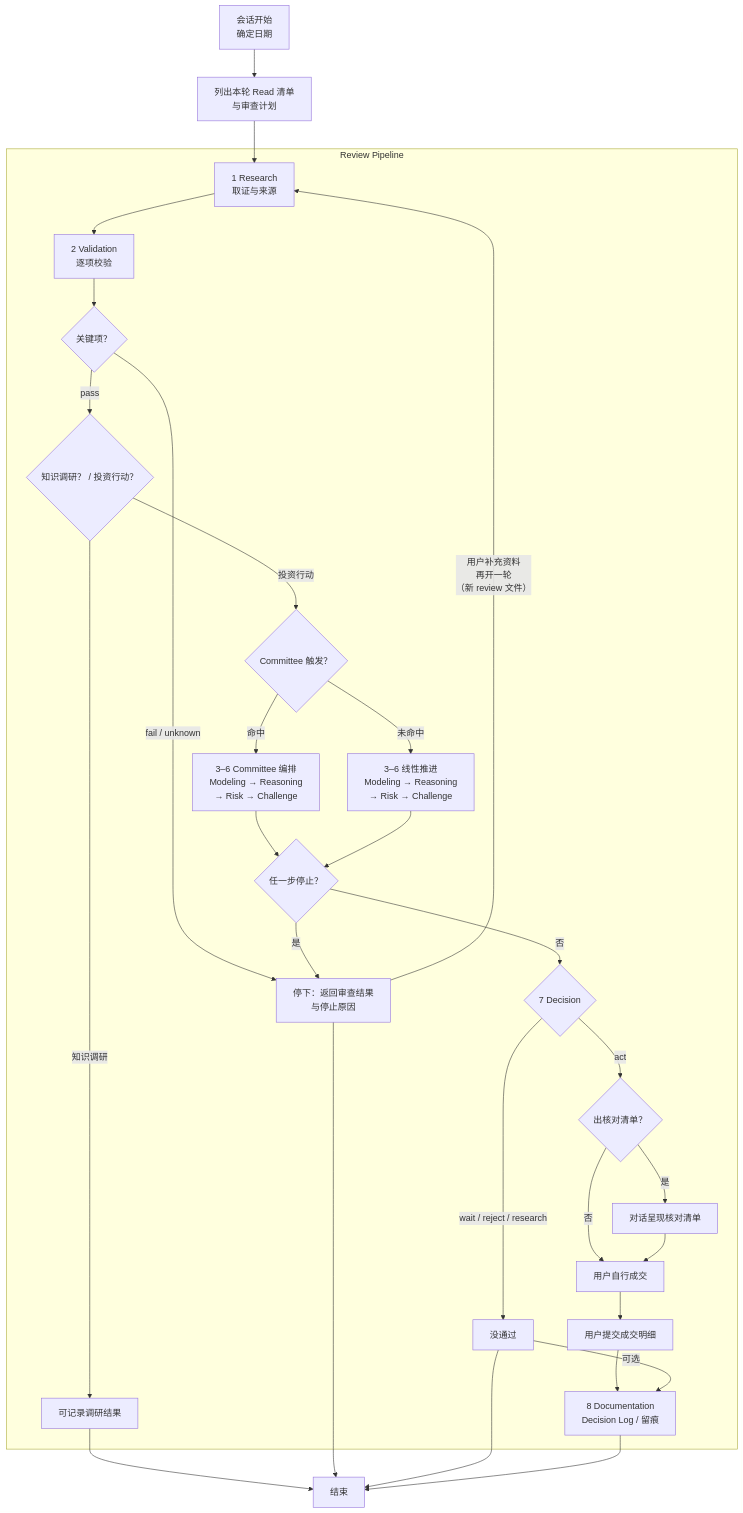
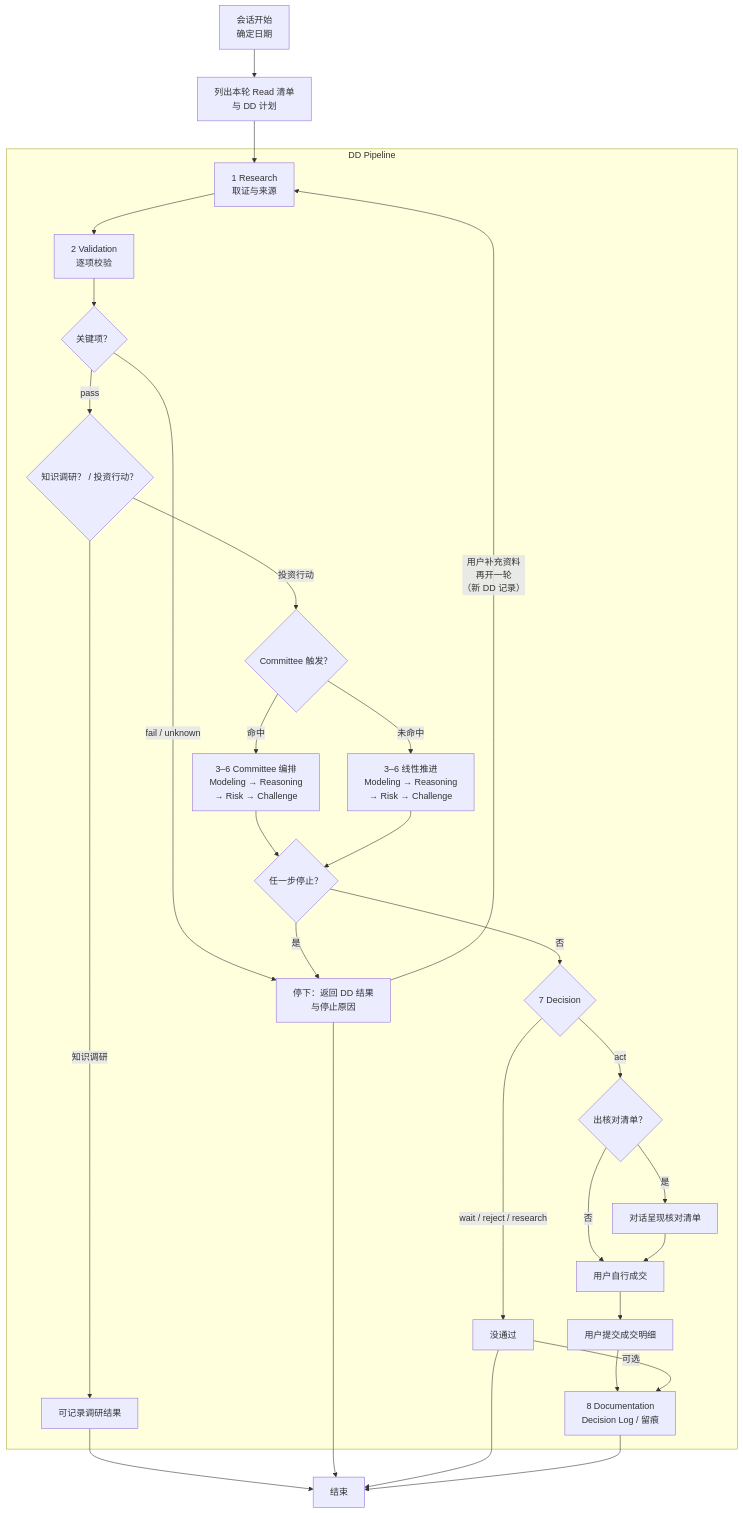
The first of 2 diagrams in ARCHITECTURE.md (Meta11ic0/PIOS), drawn with Mermaid before and after one commit. The commit also changed other lines of this file and 36 other files, not shown here.

Commit message:
rename review pipeline to due diligence pipeline, some git rules update

````diff
--- a/ARCHITECTURE.md
+++ b/ARCHITECTURE.md
@@ -109,34 +107,34 @@
 ```mermaid
 flowchart TD
- S["会话开始<br/>确定日期"] --> Plan["列出本轮 Read 清单<br/>与审查计划"]
+ S["会话开始<br/>确定日期"] --> Plan["列出本轮 Read 清单<br/>与 DD 计划"]
  Plan --> R["1 Research<br/>取证与来源"]
 
- subgraph RP["Review Pipeline"]
+ subgraph RP["DD Pipeline"]
   R --> V["2 Validation<br/>逐项校验"]
   V --> Check{"关键项？"}
   Check -->|fail / unknown| Stop
   Check -->|pass| Fork{"知识调研？ / 投资行动？"}
   Fork -->|知识调研| Done["可记录调研结果"]
   Fork -->|投资行动| C{"Committee 触发？"}
   C -->|命中| C36["3–6 Committee 编排<br/>Modeling → Reasoning<br/>→ Risk → Challenge"]
   C -->|未命中| L36["3–6 线性推进<br/>Modeling → Reasoning<br/> → Risk → Challenge"]
   C36 --> Mid{"任一步停止？"}
   L36 --> Mid
-  Mid -->|是| Stop["停下：返回审查结果<br/>与停止原因"]
+  Mid -->|是| Stop["停下：返回 DD 结果<br/>与停止原因"]
   Mid -->|否| DC{"7 Decision"}
   DC -->|wait / reject / research| ED["没通过"]
   DC -->|act| CL{"出核对清单？"}
   CL -->|是| LI["对话呈现核对清单"]
   CL -->|否| BK["用户自行成交"]
   LI --> BK
   BK --> WB["用户提交成交明细"]
   WB --> Doc8["8 Documentation<br/>Decision Log / 留痕"]
-  Stop -->|"用户补充资料<br/>再开一轮<br/>（新 review 文件）"|R
+  Stop -->|"用户补充资料<br/>再开一轮<br/>（新 DD 记录）"|R
   ED --> |可选|Doc8
  end
 
  Done -->End["结束"]
  Stop -->End
  ED --> End
  Doc8 --> End
 ```
````
